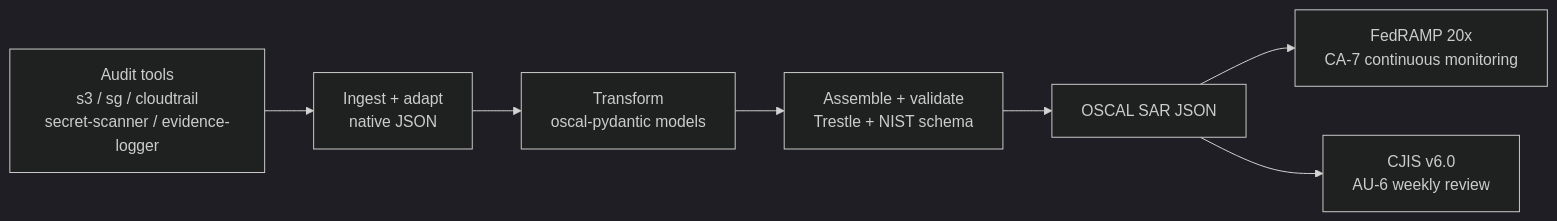
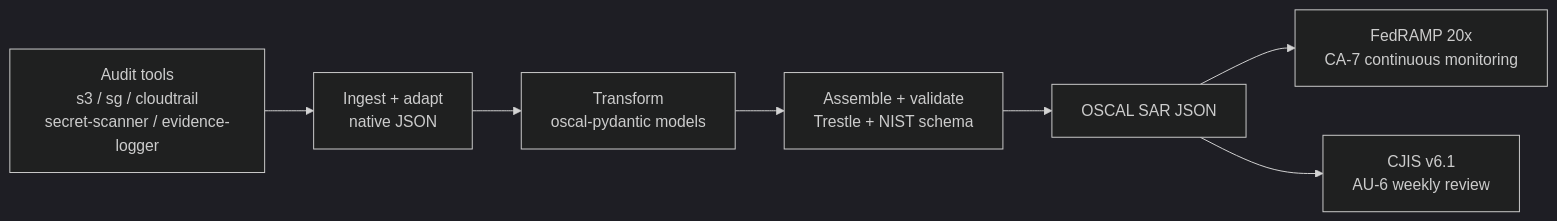
Before and after one commit to 0xBahalaNa/oscal-evidence-pipeline: the diagram in docs/architecture.mmd, drawn with Mermaid (dark theme). The commit also changed 3 other files, not shown here.

````diff
--- a/docs/architecture.mmd
+++ b/docs/architecture.mmd
@@ -1,10 +1,10 @@
 %% Editable Mermaid source for the README "Architecture Overview" section.
 %% Keep this file in sync with the inline ```mermaid fence in README.md.
 %% Diff-able source of truth for the architecture graph (no separate PNG export).
 graph LR
     A[Audit tools<br/>s3 / sg / cloudtrail<br/>secret-scanner / evidence-logger] --> B[Ingest + adapt<br/>native JSON]
     B --> C[Transform<br/>oscal-pydantic models]
     C --> D[Assemble + validate<br/>Trestle + NIST schema]
     D --> E[OSCAL SAR JSON]
     E --> F[FedRAMP 20x<br/>CA-7 continuous monitoring]
-    E --> G[CJIS v6.0<br/>AU-6 weekly review]
+    E --> G[CJIS v6.1<br/>AU-6 weekly review]
````
